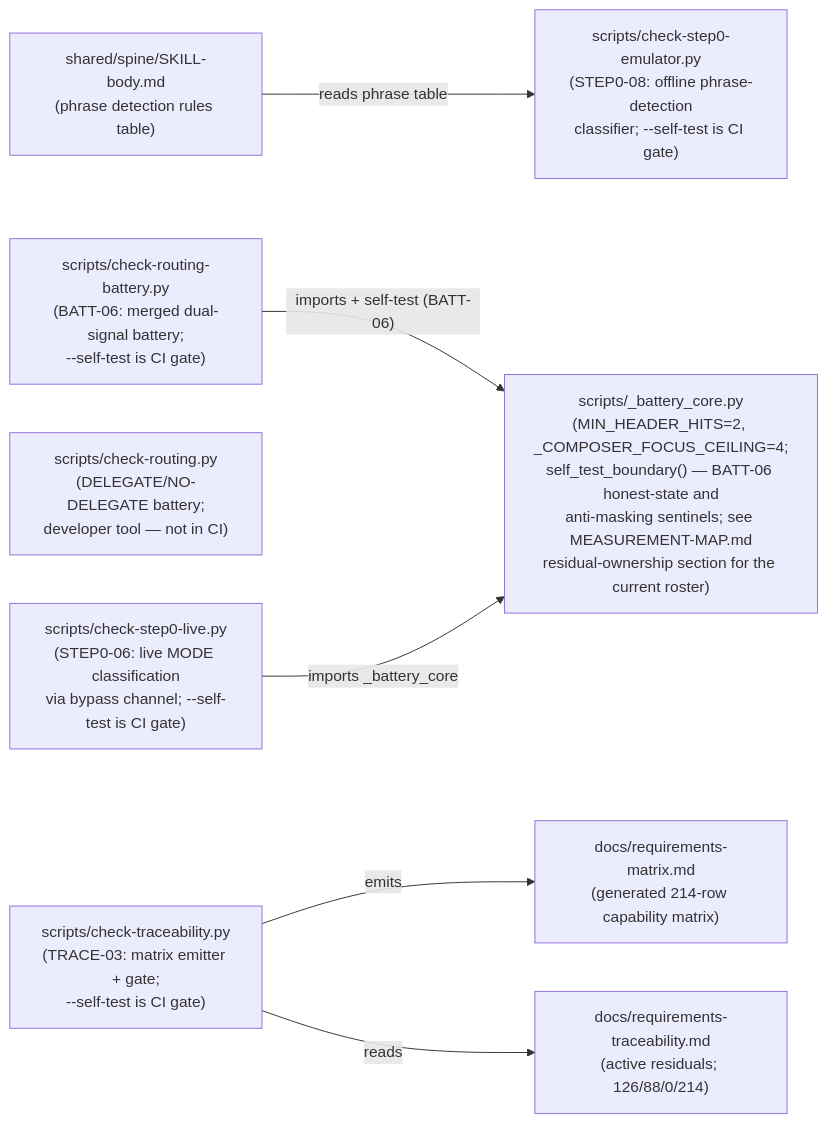
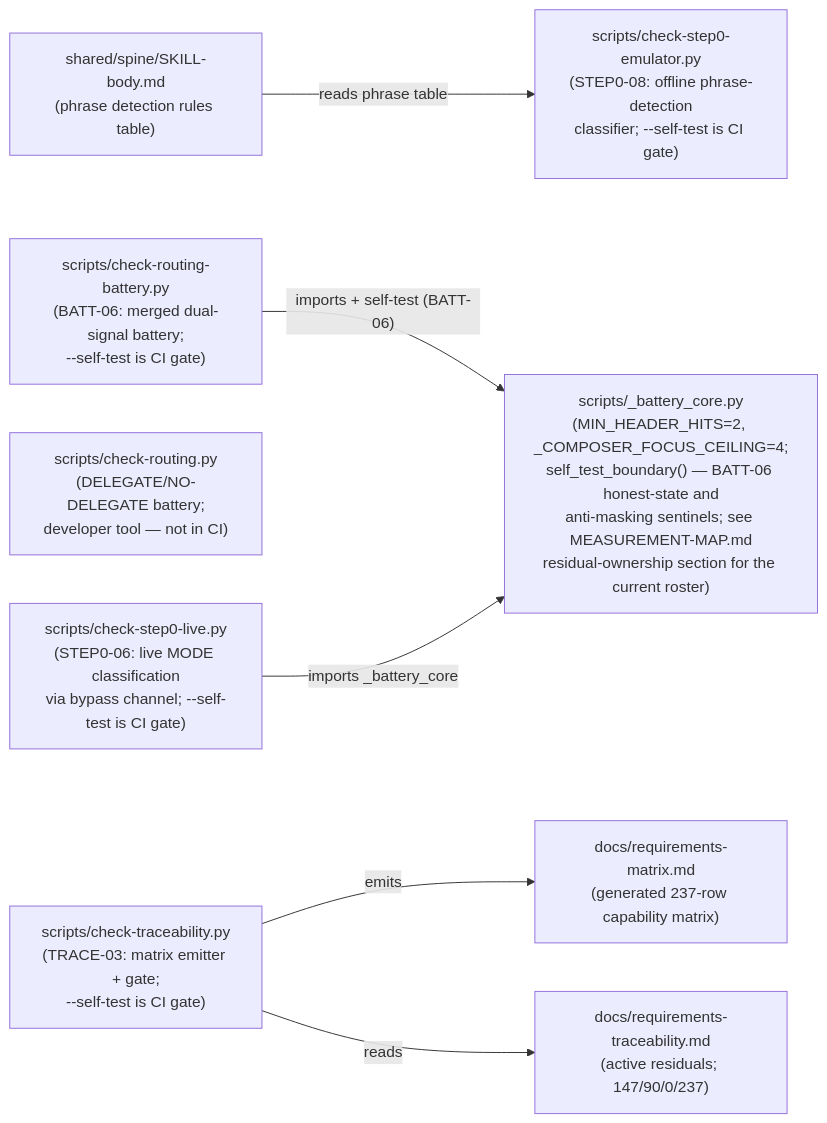
The second of 2 diagrams in docs/COMPONENT-DIAGRAM.md (chrisdavidson/first-principles-skill), drawn with Mermaid before and after one commit. The commit also changed 3 other files, not shown here.

````diff
--- a/docs/COMPONENT-DIAGRAM.md
+++ b/docs/COMPONENT-DIAGRAM.md
@@ -83,24 +83,24 @@
 ```mermaid
 flowchart LR
     SKILLBODY["shared/spine/SKILL-body.md\n(phrase detection rules table)"]
 
     CORE["scripts/_battery_core.py\n(MIN_HEADER_HITS=2, _COMPOSER_FOCUS_CEILING=4;\nself_test_boundary() — BATT-06 honest-state and\nanti-masking sentinels; see MEASUREMENT-MAP.md\nresidual-ownership section for the current roster)"]
 
     BATT["scripts/check-routing-battery.py\n(BATT-06: merged dual-signal battery;\n--self-test is CI gate)"]
     ROUTING["scripts/check-routing.py\n(DELEGATE/NO-DELEGATE battery;\ndeveloper tool — not in CI)"]
 
     EMU["scripts/check-step0-emulator.py\n(STEP0-08: offline phrase-detection\nclassifier; --self-test is CI gate)"]
     LIVE["scripts/check-step0-live.py\n(STEP0-06: live MODE classification\nvia bypass channel; --self-test is CI gate)"]
 
     TRACE["scripts/check-traceability.py\n(TRACE-03: matrix emitter + gate;\n--self-test is CI gate)"]
-    MATRIX["docs/requirements-matrix.md\n(generated 214-row capability matrix)"]
-    TRACEABILITY["docs/requirements-traceability.md\n(active residuals; 126/88/0/214)"]
+    MATRIX["docs/requirements-matrix.md\n(generated 237-row capability matrix)"]
+    TRACEABILITY["docs/requirements-traceability.md\n(active residuals; 147/90/0/237)"]
 
     SKILLBODY -->|"reads phrase table"| EMU
 
     BATT -->|"imports + self-test (BATT-06)"| CORE
     LIVE -->|"imports _battery_core"| CORE
 
     TRACE -->|"emits"| MATRIX
     TRACE -->|"reads"| TRACEABILITY
 ```
````
